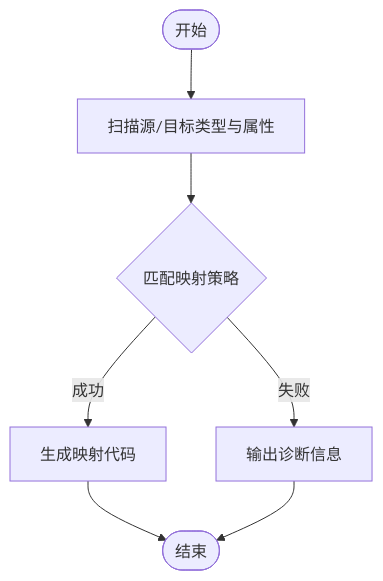
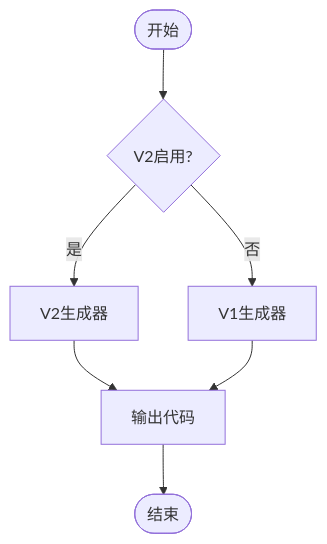
Before and after one commit to alivy/AutoCode: the fourth of 7 diagrams in .qoder/repowiki/zh/content/项目概述.md, drawn with Mermaid. The commit also changed other lines of this file and 279 other files, not shown here.

````diff
--- a/.qoder/repowiki/zh/content/项目概述.md
+++ b/.qoder/repowiki/zh/content/项目概述.md
@@ -271,9 +203,9 @@
 ```mermaid
 flowchart TD
-Start(["开始"]) --> Scan["扫描源/目标类型与属性"]
-Scan --> Strategy{"匹配映射策略"}
-Strategy --> |成功| Generate["生成映射代码"]
-Strategy --> |失败| Diagnose["输出诊断信息"]
-Generate --> End(["结束"])
-Diagnose --> End
+Start([开始]) --> V2Check{V2启用?}
+V2Check --> |是| V2Gen[V2生成器]
+V2Check --> |否| V1Gen[V1生成器]
+V2Gen --> Output[输出代码]
+V1Gen --> Output
+Output --> End([结束])
 ```
````
